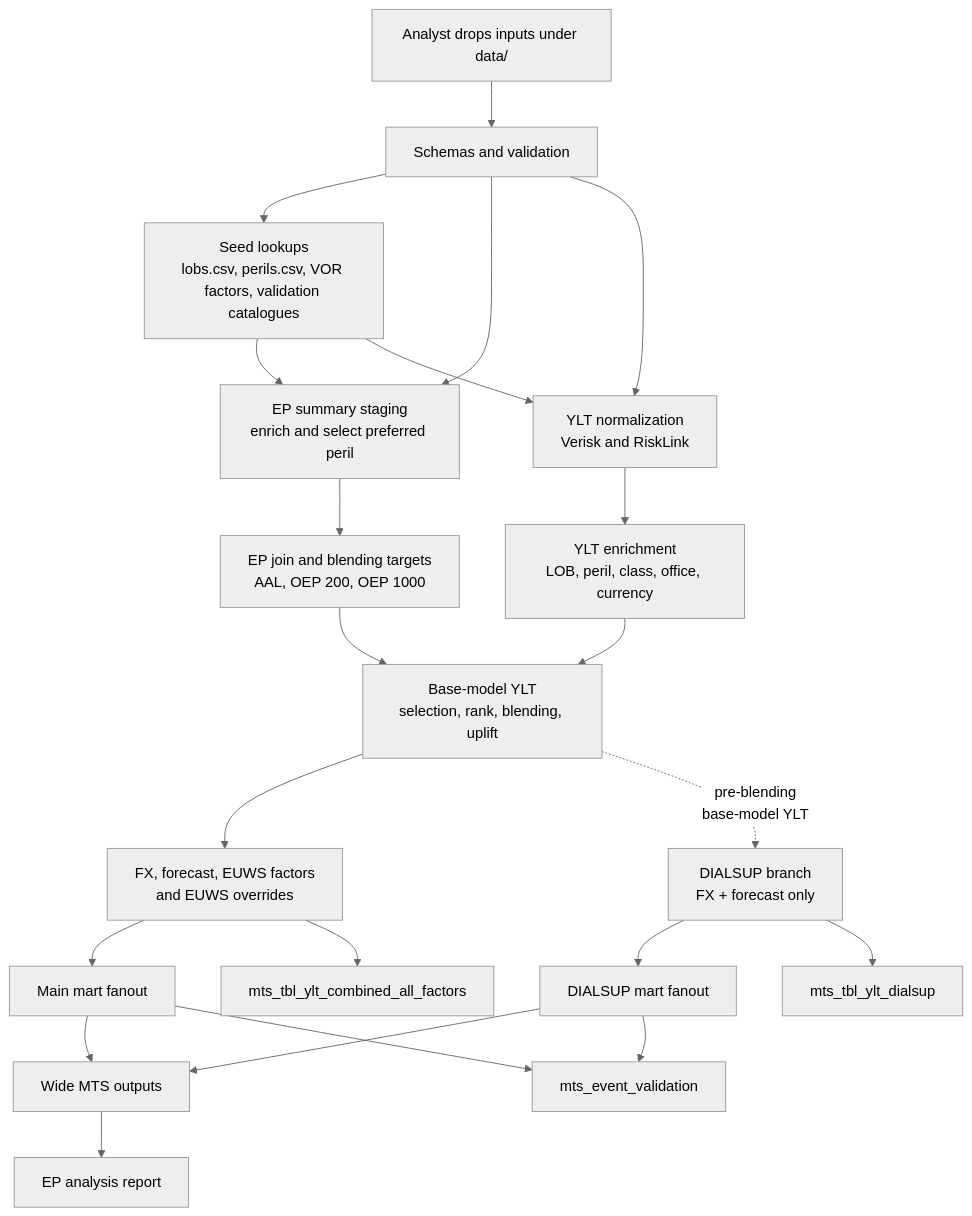
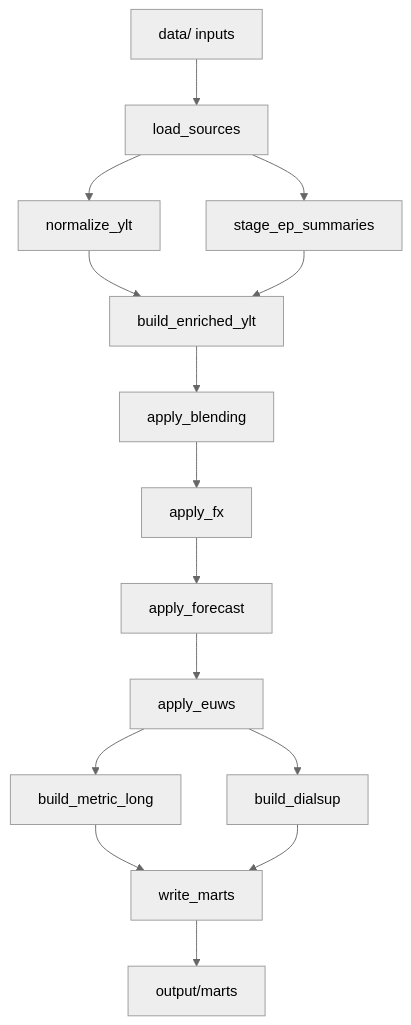
Before and after one commit to richardrh/rollup-dbt: the diagram in docs/architecture.md, drawn with Mermaid (neutral theme). The commit also changed other lines of this file and 17 other files, not shown here.

````diff
--- a/docs/architecture.md
+++ b/docs/architecture.md
@@ -10,24 +7,17 @@
 ```mermaid
 flowchart TD
-  A[Analyst drops inputs under data/] --> B[Schemas and validation]
-  B --> C[Seed lookups\nlobs.csv, perils.csv, VOR factors, validation catalogues]
-  B --> D[EP summary staging\nenrich and select preferred peril]
-  B --> E[YLT normalization\nVerisk and RiskLink]
-  C --> D
-  C --> E
-  D --> F[EP join and blending targets\nAAL, OEP 200, OEP 1000]
-  E --> G[YLT enrichment\nLOB, peril, class, office, currency]
-  F --> H[Base-model YLT\nselection, rank, blending, uplift]
-  G --> H
-  H --> I[FX, forecast, EUWS factors\nand EUWS overrides]
-  H -.->|pre-blending\nbase-model YLT| J[DIALSUP branch\nFX + forecast only]
-  I --> K[Main mart fanout]
-  J --> L[DIALSUP mart fanout]
-  I --> O[mts_tbl_ylt_combined_all_factors]
-  J --> P[mts_tbl_ylt_dialsup]
-  K --> M[Wide MTS outputs]
-  L --> M
-  K --> N[mts_event_validation]
-  L --> N
-  M --> Q[EP analysis report]
+  A[data/ inputs] --> B[load_sources]
+  B --> C[normalize_ylt]
+  B --> D[stage_ep_summaries]
+  C --> E[build_enriched_ylt]
+  D --> E
+  E --> F[apply_blending]
+  F --> G[apply_fx]
+  G --> H[apply_forecast]
+  H --> I[apply_euws]
+  I --> J[build_metric_long]
+  I --> K[build_dialsup]
+  J --> L[write_marts]
+  K --> L
+  L --> M[output/marts]
 ```
````
